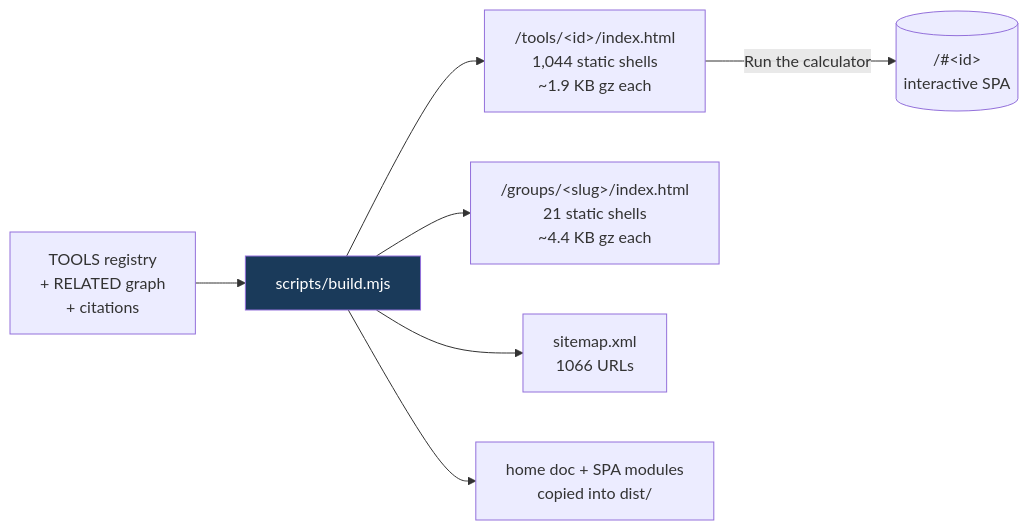
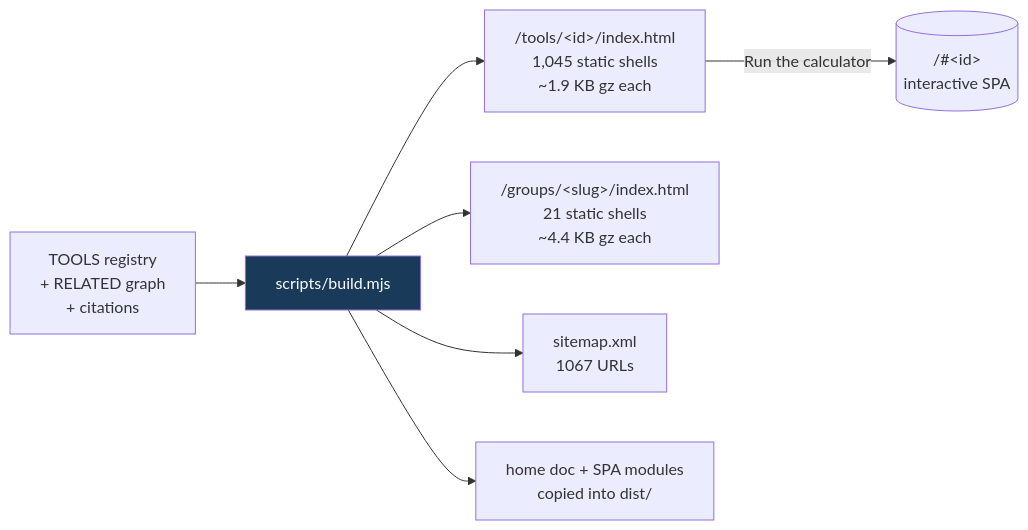
Before and after one commit to clay-good/roughlogic.com: the fifth of 8 diagrams in README.md, drawn with Mermaid. The commit also changed other lines of this file and 14 other files, not shown here.

````diff
--- a/README.md
+++ b/README.md
@@ -495,10 +495,10 @@
 ```mermaid
 flowchart LR
     SRC[TOOLS registry\n+ RELATED graph\n+ citations] --> BUILD[scripts/build.mjs]
-    BUILD --> TILE["/tools/&lt;id&gt;/index.html\n1,044 static shells\n~1.9 KB gz each"]
+    BUILD --> TILE["/tools/&lt;id&gt;/index.html\n1,045 static shells\n~1.9 KB gz each"]
     BUILD --> GROUP["/groups/&lt;slug&gt;/index.html\n21 static shells\n~4.4 KB gz each"]
-    BUILD --> MAP["sitemap.xml\n1066 URLs"]
+    BUILD --> MAP["sitemap.xml\n1067 URLs"]
     BUILD --> COPY[home doc + SPA modules\ncopied into dist/]
     TILE -->|Run the calculator| SPA[("/#&lt;id&gt;\ninteractive SPA")]
     style BUILD fill:#1a3a5a,color:#fff
 ```
````
